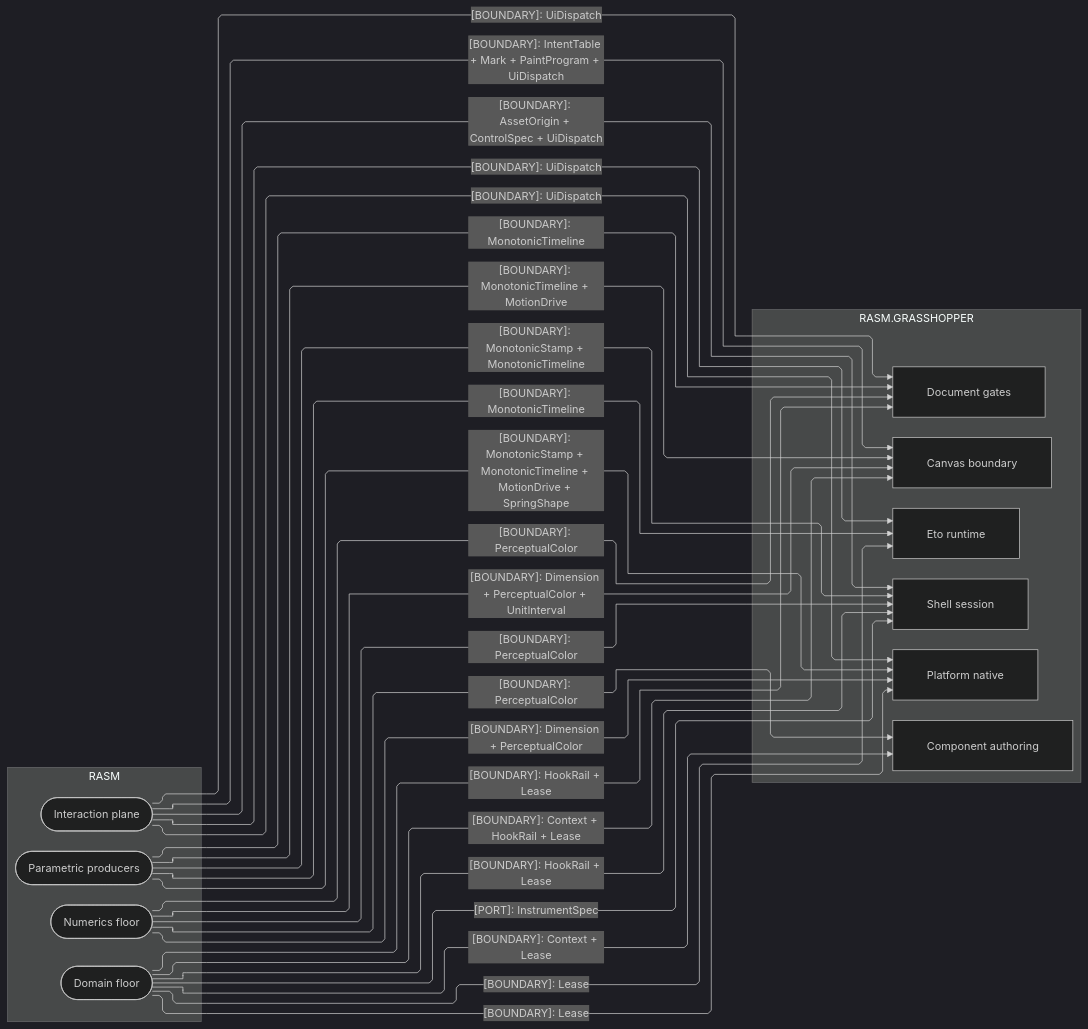
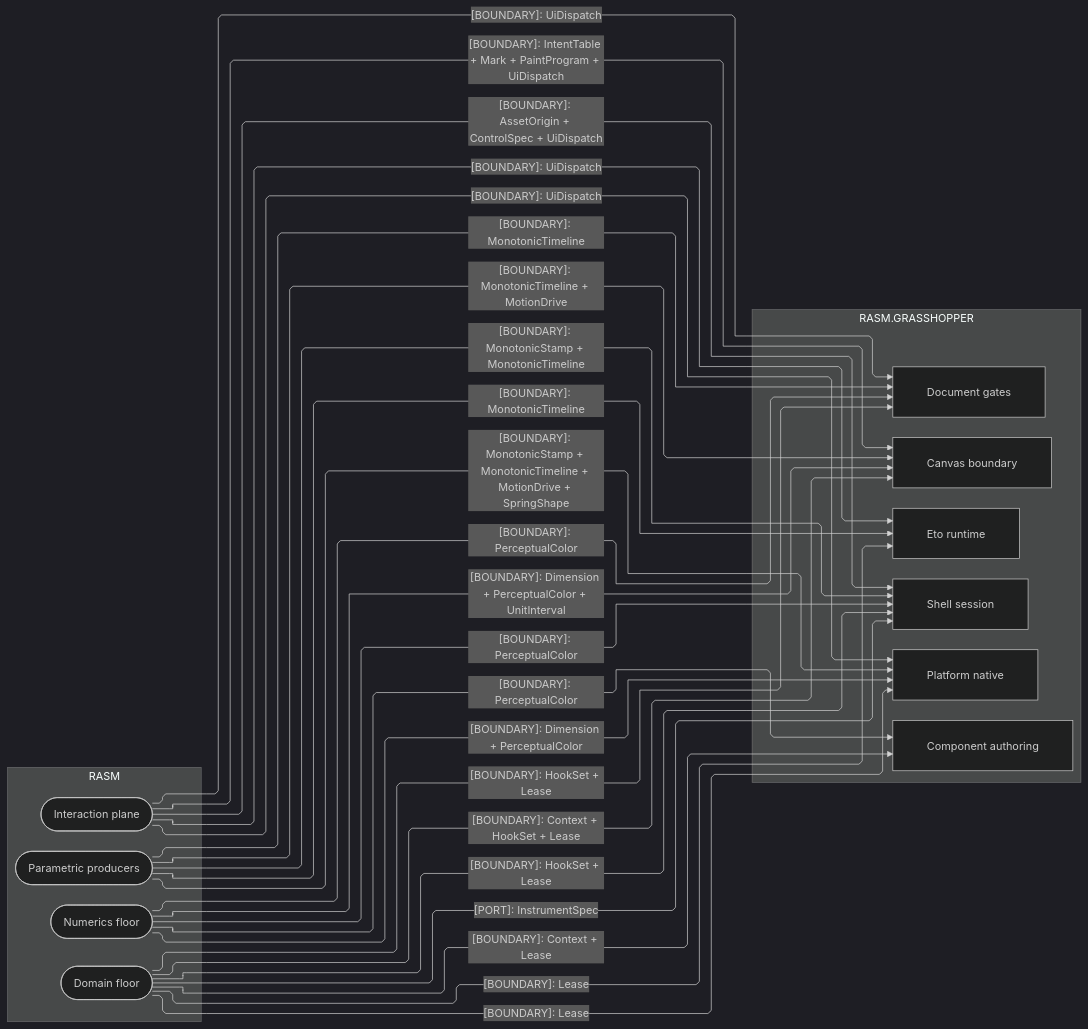
The second of 3 diagrams in libs/dotnet/Rasm.Grasshopper/ARCHITECTURE.md (bsamiee/Rasm), drawn with Mermaid (dark theme) before and after one commit. The commit also changed other lines of this file and 1997 other files, not shown here.

First line of the commit message:
docs: rename rail to result and seam to boundary across the corpus

````diff
--- a/libs/dotnet/Rasm.Grasshopper/ARCHITECTURE.md
+++ b/libs/dotnet/Rasm.Grasshopper/ARCHITECTURE.md
@@ -111,48 +111,48 @@
 ```mermaid
 ---
 config:
   layout: elk
   flowchart:
     curve: linear
     padding: 25
 ---
 flowchart LR
-    accTitle: Grasshopper host-boundary kernel seams
+    accTitle: Grasshopper host-boundary kernel edges
     accDescr: Which kernel owner hands which frozen-name contracts to each Grasshopper sub-domain, one edge per owner, sub-domain, and kind.
     subgraph grasshopper[RASM.GRASSHOPPER]
         Canvas[Canvas boundary]
         Components[Component authoring]
         Document[Document gates]
         Eto[Eto runtime]
         Platform[Platform native]
         Shell[Shell session]
     end
     subgraph rasm[RASM]
         Domain([Domain floor])
         Numerics([Numerics floor])
         Parametric([Parametric producers])
         Interaction([Interaction plane])
     end
-    Domain e1@-->|"[BOUNDARY]: Context + HookRail + Lease"| Canvas
+    Domain e1@-->|"[BOUNDARY]: Context + HookSet + Lease"| Canvas
     Domain e2@-->|"[BOUNDARY]: Context + Lease"| Components
-    Domain e3@-->|"[BOUNDARY]: HookRail + Lease"| Document
+    Domain e3@-->|"[BOUNDARY]: HookSet + Lease"| Document
     Domain e4@-->|"[BOUNDARY]: Lease"| Eto
     Domain e5@-->|"[BOUNDARY]: Lease"| Platform
-    Domain e6@-->|"[BOUNDARY]: HookRail + Lease"| Shell
+    Domain e6@-->|"[BOUNDARY]: HookSet + Lease"| Shell
     Domain e7@-->|"[PORT]: InstrumentSpec"| Shell
     Numerics e8@-->|"[BOUNDARY]: Dimension + PerceptualColor + UnitInterval"| Canvas
     Numerics e9@-->|"[BOUNDARY]: PerceptualColor"| Components
     Numerics e10@-->|"[BOUNDARY]: PerceptualColor"| Document
     Numerics e11@-->|"[BOUNDARY]: Dimension + PerceptualColor"| Platform
     Numerics e12@-->|"[BOUNDARY]: PerceptualColor"| Shell
     Parametric e13@-->|"[BOUNDARY]: MonotonicTimeline + MotionDrive"| Canvas
     Parametric e14@-->|"[BOUNDARY]: MonotonicTimeline"| Document
     Parametric e15@-->|"[BOUNDARY]: MonotonicTimeline"| Eto
     Parametric e16@-->|"[BOUNDARY]: MonotonicStamp + MonotonicTimeline + MotionDrive + SpringShape"| Platform
     Parametric e17@-->|"[BOUNDARY]: MonotonicStamp + MonotonicTimeline"| Shell
     Interaction e18@-->|"[BOUNDARY]: IntentTable + Mark + PaintProgram + UiDispatch"| Canvas
     Interaction e19@-->|"[BOUNDARY]: UiDispatch"| Document
     Interaction e20@-->|"[BOUNDARY]: UiDispatch"| Eto
     Interaction e21@-->|"[BOUNDARY]: UiDispatch"| Platform
     Interaction e22@-->|"[BOUNDARY]: AssetOrigin + ControlSpec + UiDispatch"| Shell
 ```
````
